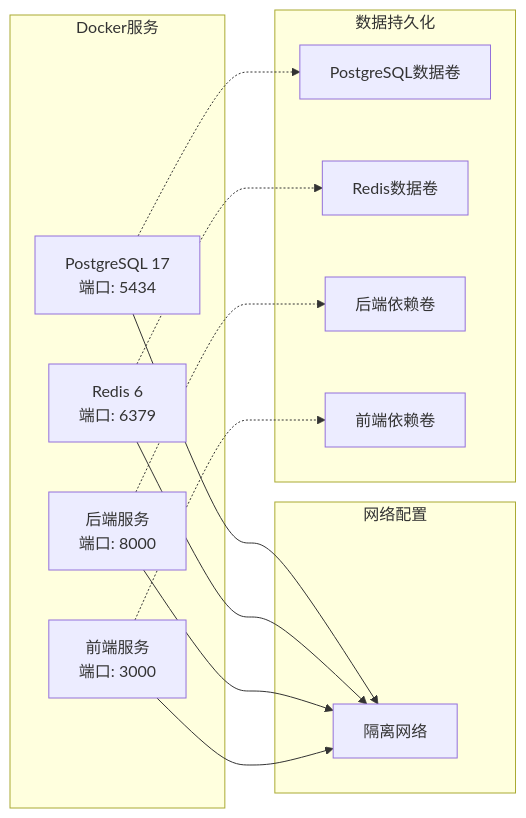
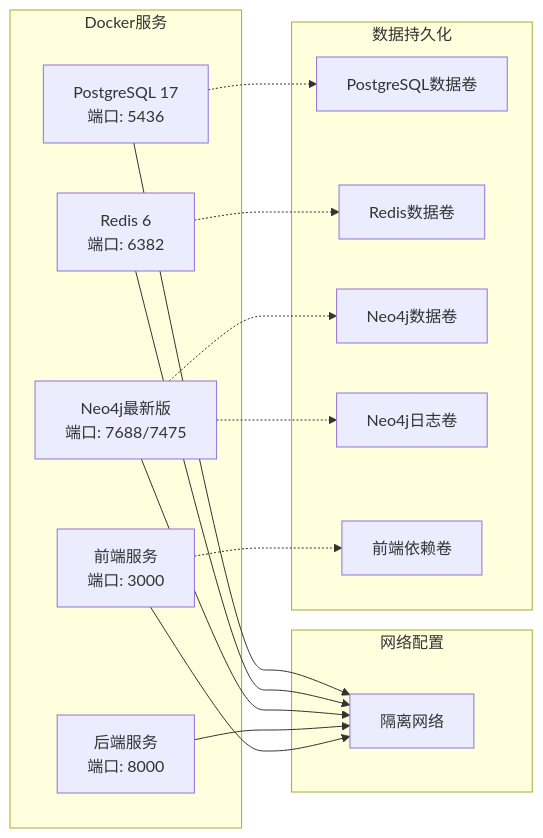
One commit to xfbyxq/ai-novel-system changed the seventh of 8 diagrams in .qoder/repowiki/zh/content/Local Dev Guide.md. Above: the diagram before and after it, drawn with Mermaid. The commit also changed other lines of this file and 6 other files, not shown here.

First line of the commit message:
docs(devguide): 新增前端开发服务及图数据库集成章节

````diff
--- a/.qoder/repowiki/zh/content/Local Dev Guide.md
+++ b/.qoder/repowiki/zh/content/Local Dev Guide.md
@@ -296,26 +427,30 @@
 ```mermaid
 graph LR
 subgraph "Docker服务"
-Postgres[PostgreSQL 17<br/>端口: 5434]
-Redis[Redis 6<br/>端口: 6379]
+Postgres[PostgreSQL 17<br/>端口: 5436]
+Redis[Redis 6<br/>端口: 6382]
+Neo4j[Neo4j最新版<br/>端口: 7688/7475]
 Backend[后端服务<br/>端口: 8000]
 Frontend[前端服务<br/>端口: 3000]
 end
 subgraph "网络配置"
 Network[隔离网络]
 Postgres --> Network
 Redis --> Network
+Neo4j --> Network
 Backend --> Network
 Frontend --> Network
 end
 subgraph "数据持久化"
 PGData[PostgreSQL数据卷]
 RedisData[Redis数据卷]
-BackendPkg[后端依赖卷]
+Neo4jData[Neo4j数据卷]
+Neo4jLogs[Neo4j日志卷]
 FrontendNode[前端依赖卷]
 end
 Postgres -.-> PGData
 Redis -.-> RedisData
-Backend -.-> BackendPkg
+Neo4j -.-> Neo4jData
+Neo4j -.-> Neo4jLogs
 Frontend -.-> FrontendNode
 ```
````
